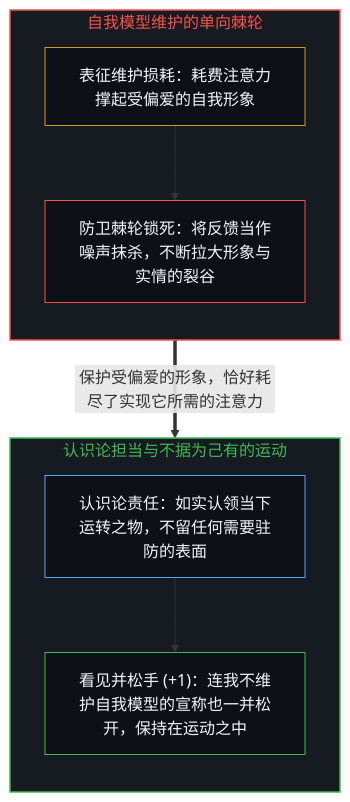
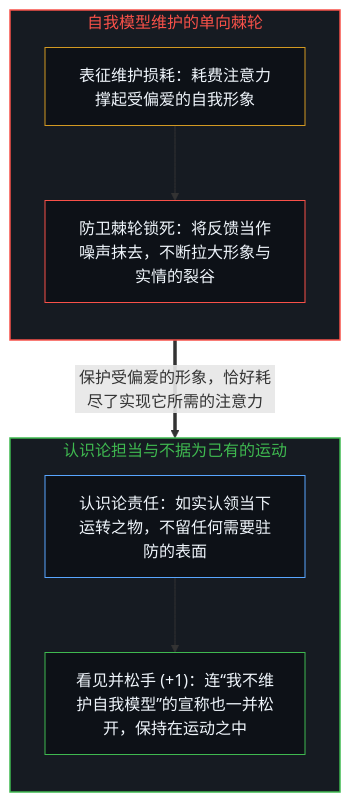
Before and after one commit to powerpig99/not-a-toe: the first of 2 diagrams in content/posts/the-maintenance-paradox.md, drawn with Mermaid. The commit also changed other lines of this file and 7 other files, not shown here.

````diff
--- a/content/posts/the-maintenance-paradox.md
+++ b/content/posts/the-maintenance-paradox.md
@@ -17,22 +17,22 @@
 ```mermaid
 flowchart TD
     subgraph S_Ratchet["自我模型维护的单向棘轮"]
         direction TB
         Guard["表征维护损耗：耗费注意力撑起受偏爱的自我形象"]
-        Ratchet["防卫棘轮锁死：将反馈当作噪声抹杀，不断拉大形象与实情的裂谷"]
+        Ratchet["防卫棘轮锁死：将反馈当作噪声抹去，不断拉大形象与实情的裂谷"]
         Guard --> Ratchet
     end
     subgraph S_Release["认识论担当与不据为己有的运动"]
         direction TB
         Own["认识论责任：如实认领当下运转之物，不留任何需要驻防的表面"]
-        Move["看见并松手 (+1)：连我不维护自我模型的宣称也一并松开，保持在运动之中"]
+        Move["看见并松手 (+1)：连“我不维护自我模型”的宣称也一并松开，保持在运动之中"]
         Own --> Move
     end
     Ratchet ==>|"保护受偏爱的形象，恰好耗尽了实现它所需的注意力"| Own
     style S_Ratchet fill:#161b22,stroke:#f85149,stroke-width:1.5px,color:#f85149
     style S_Release fill:#161b22,stroke:#3fb950,stroke-width:1.5px,color:#3fb950
     style Guard fill:#0d1117,stroke:#d29922,stroke-width:1px,color:#f0f6fc
     style Ratchet fill:#0d1117,stroke:#f85149,stroke-width:1px,color:#f0f6fc
     style Own fill:#0d1117,stroke:#58a6ff,stroke-width:1px,color:#f0f6fc
     style Move fill:#0d1117,stroke:#3fb950,stroke-width:1px,color:#f0f6fc
 ```
````
